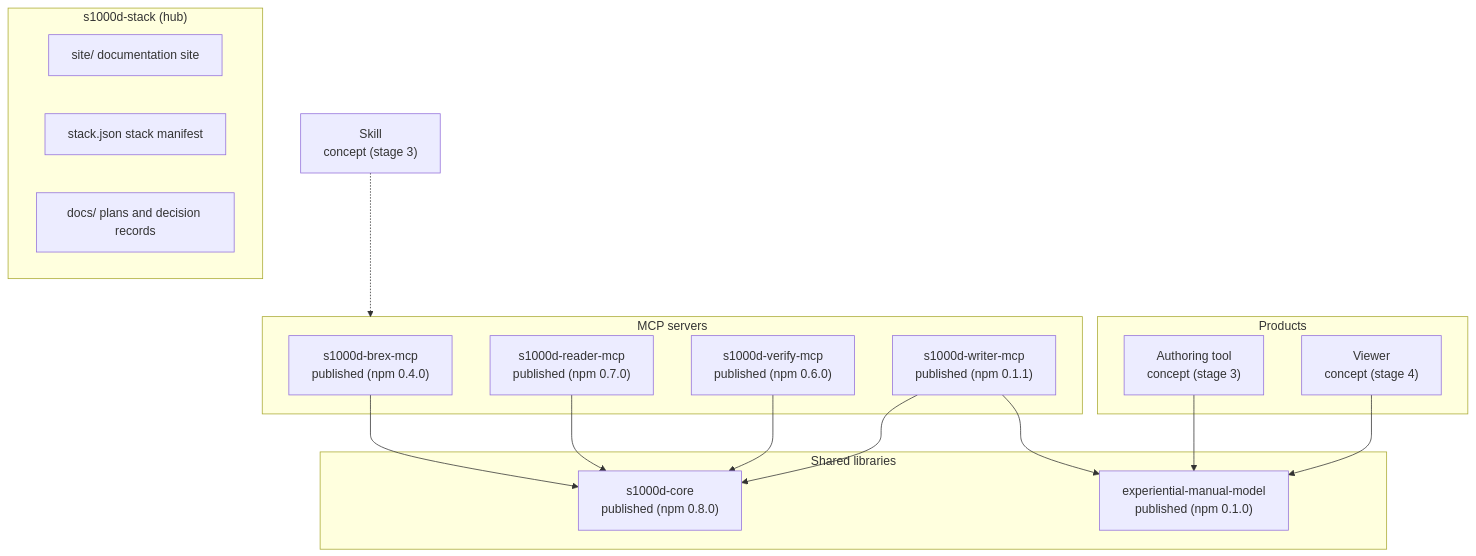
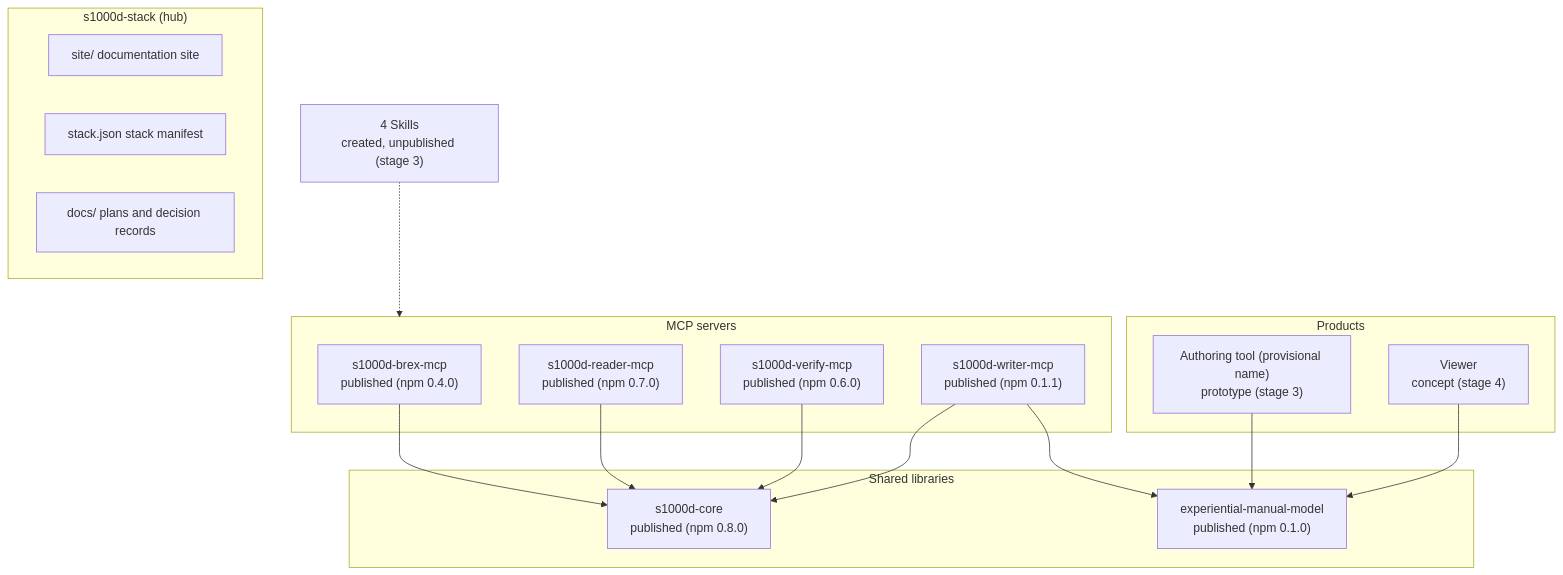
One commit to shuji-bonji/s1000d-stack changed the diagram in site/src/content/docs/guide/architecture.md. Above: the diagram before and after it, drawn with Mermaid. The commit also changed other lines of this file and 22 other files, not shown here.

````diff
--- a/site/src/content/docs/guide/architecture.md
+++ b/site/src/content/docs/guide/architecture.md
@@ -10,31 +10,31 @@
 ```mermaid
 flowchart TB
   subgraph Hub["s1000d-stack (hub)"]
     SITE["site/ documentation site"]
     STACK["stack.json stack manifest"]
     DOCS["docs/ plans and decision records"]
   end
   subgraph Lib["Shared libraries"]
     CORE["s1000d-core<br/>published (npm 0.8.0)"]
     MODEL["experiential-manual-model<br/>published (npm 0.1.0)"]
   end
   subgraph Mcp["MCP servers"]
     BREX["s1000d-brex-mcp<br/>published (npm 0.4.0)"]
     R["s1000d-reader-mcp<br/>published (npm 0.7.0)"]
     V["s1000d-verify-mcp<br/>published (npm 0.6.0)"]
     W["s1000d-writer-mcp<br/>published (npm 0.1.1)"]
   end
   subgraph App["Products"]
-    ED["Authoring tool<br/>concept (stage 3)"]
+    ED["Authoring tool (provisional name)<br/>prototype (stage 3)"]
     VW["Viewer<br/>concept (stage 4)"]
   end
-  SK["Skill<br/>concept (stage 3)"]
+  SK["4 Skills<br/>created, unpublished (stage 3)"]
   BREX --> CORE
   R --> CORE
   V --> CORE
   W --> CORE
   W --> MODEL
   ED --> MODEL
   VW --> MODEL
   SK -.-> Mcp
 ```
````
